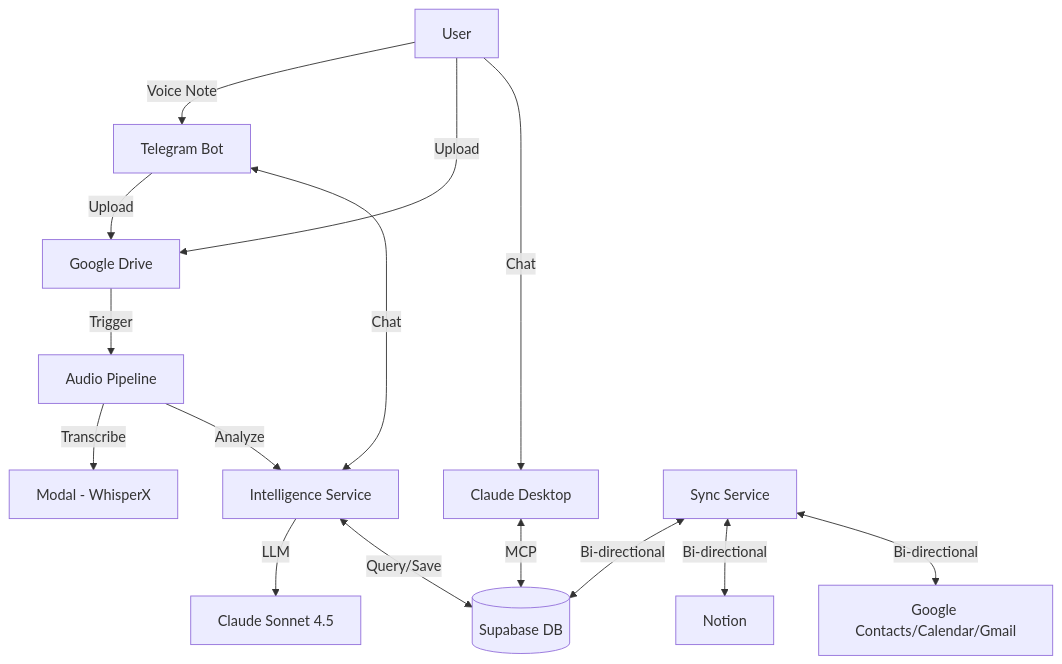
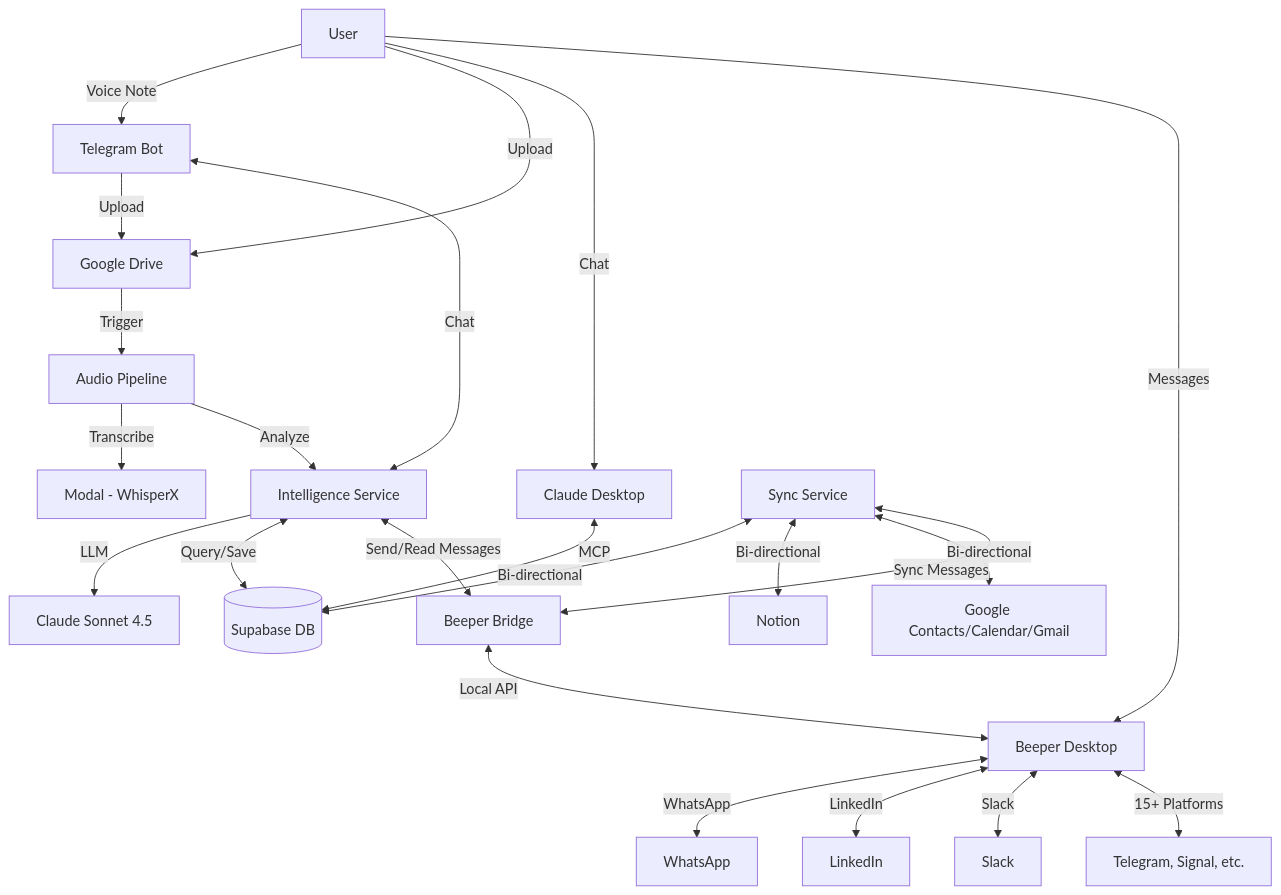
Before and after one commit to JulienMaterno/jarvis-ecosystem: the diagram in README.md, drawn with Mermaid. The commit also changed other lines of this file, not shown here.

Commit message:
Update ecosystem README: document Beeper Bridge, messaging capabilities, and architecture changes

````diff
--- a/README.md
+++ b/README.md
@@ -78,23 +78,32 @@
 ```mermaid
 graph TD
     User[User] -->|Voice Note| Telegram[Telegram Bot]
     User -->|Upload| Drive[Google Drive]
     User -->|Chat| ClaudeDesktop[Claude Desktop]
+    User -->|Messages| BeeperDesktop[Beeper Desktop]
     
     Telegram -->|Upload| Drive
     Telegram <-->|Chat| Intelligence[Intelligence Service]
     
     Drive -->|Trigger| AudioPipeline[Audio Pipeline]
     
     AudioPipeline -->|Transcribe| Modal[Modal - WhisperX]
     AudioPipeline -->|Analyze| Intelligence
     
     Intelligence -->|LLM| Claude[Claude Sonnet 4.5]
     Intelligence <-->|Query/Save| Supabase[(Supabase DB)]
+    Intelligence <-->|Send/Read Messages| BeeperBridge[Beeper Bridge]
+    
+    BeeperBridge <-->|Local API| BeeperDesktop
+    BeeperDesktop <-->|WhatsApp| WhatsApp[WhatsApp]
+    BeeperDesktop <-->|LinkedIn| LinkedIn[LinkedIn]
+    BeeperDesktop <-->|Slack| Slack[Slack]
+    BeeperDesktop <-->|15+ Platforms| Others[Telegram, Signal, etc.]
     
     ClaudeDesktop <-->|MCP| Supabase
     
     Sync[Sync Service] <-->|Bi-directional| Supabase
     Sync <-->|Bi-directional| Notion[Notion]
     Sync <-->|Bi-directional| Google[Google Contacts/Calendar/Gmail]
+    Sync <-->|Sync Messages| BeeperBridge
 ```
````
